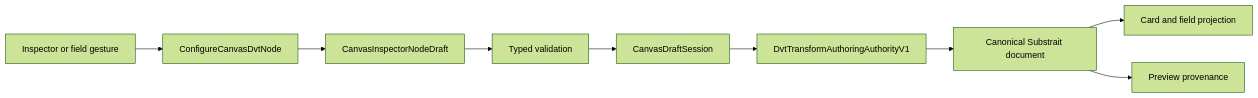
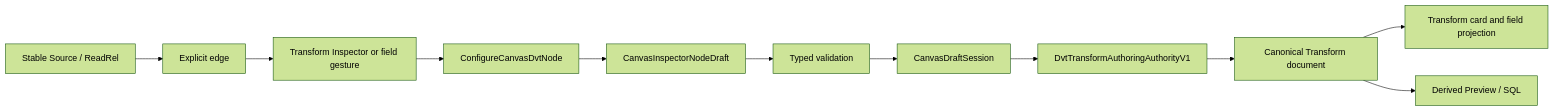
The diagram in docs/architecture/components/web/graph/canvas-inspector-authoring-component.md (dunay2/dvt), drawn with Mermaid (forest theme) before and after one commit. The commit also changed other lines of this file and 11 other files, not shown here.

Commit message:
fix(web): Keep Source semantics stable (#2918)

````diff
--- a/docs/architecture/components/web/graph/canvas-inspector-authoring-component.md
+++ b/docs/architecture/components/web/graph/canvas-inspector-authoring-component.md
@@ -116,11 +117,13 @@
 ```mermaid
 flowchart LR
-  Gesture[Inspector or field gesture] --> Command[ConfigureCanvasDvtNode]
+  Source[Stable Source / ReadRel] --> Edge[Explicit edge]
+  Edge --> Gesture[Transform Inspector or field gesture]
+  Gesture --> Command[ConfigureCanvasDvtNode]
   Command --> Draft[CanvasInspectorNodeDraft]
   Draft --> Validate[Typed validation]
   Validate --> Session[CanvasDraftSession]
   Session --> Authority[DvtTransformAuthoringAuthorityV1]
-  Authority --> Semantic[Canonical Substrait document]
-  Semantic --> Card[Card and field projection]
-  Semantic --> Preview[Preview provenance]
+  Authority --> Semantic[Canonical Transform document]
+  Semantic --> Card[Transform card and field projection]
+  Semantic --> Preview[Derived Preview / SQL]
 ```
````
